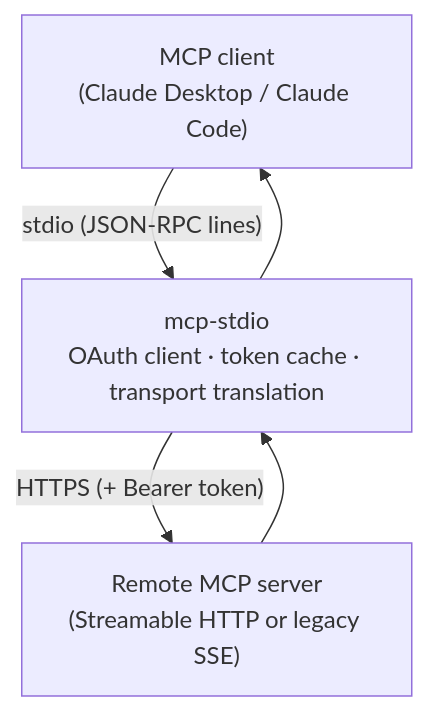
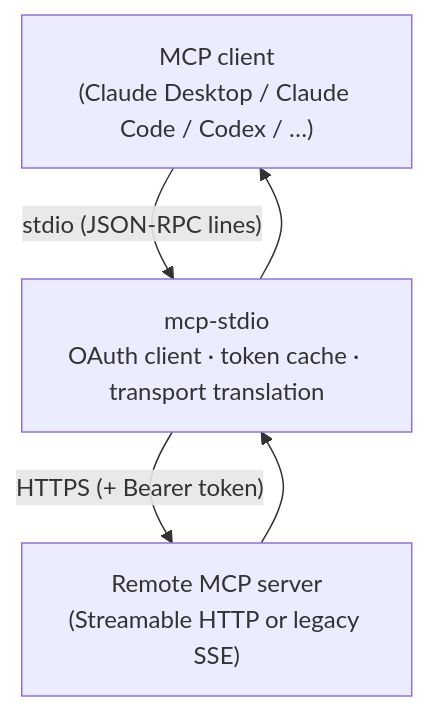
Before and after one commit to shigechika/mcp-stdio: the first of 3 diagrams in docs/modes.md, drawn with Mermaid. The commit also changed other lines of this file and 11 other files, not shown here.

First line of the commit message:
docs: show mcp-stdio works with non-Claude MCP clients (Codex, Meta Muse) (#482)

````diff
--- a/docs/modes.md
+++ b/docs/modes.md
@@ -24,10 +24,10 @@
 ```mermaid
 graph TD
-    A["MCP client<br/>(Claude Desktop / Claude Code)"]
+    A["MCP client<br/>(Claude Desktop / Claude Code / Codex / …)"]
     B["mcp-stdio<br/>OAuth client · token cache · transport translation"]
     C["Remote MCP server<br/>(Streamable HTTP or legacy SSE)"]
     A -- "stdio (JSON-RPC lines)" --> B
     B -- "HTTPS (+ Bearer token)" --> C
     C --> B
     B --> A
 ```
````
